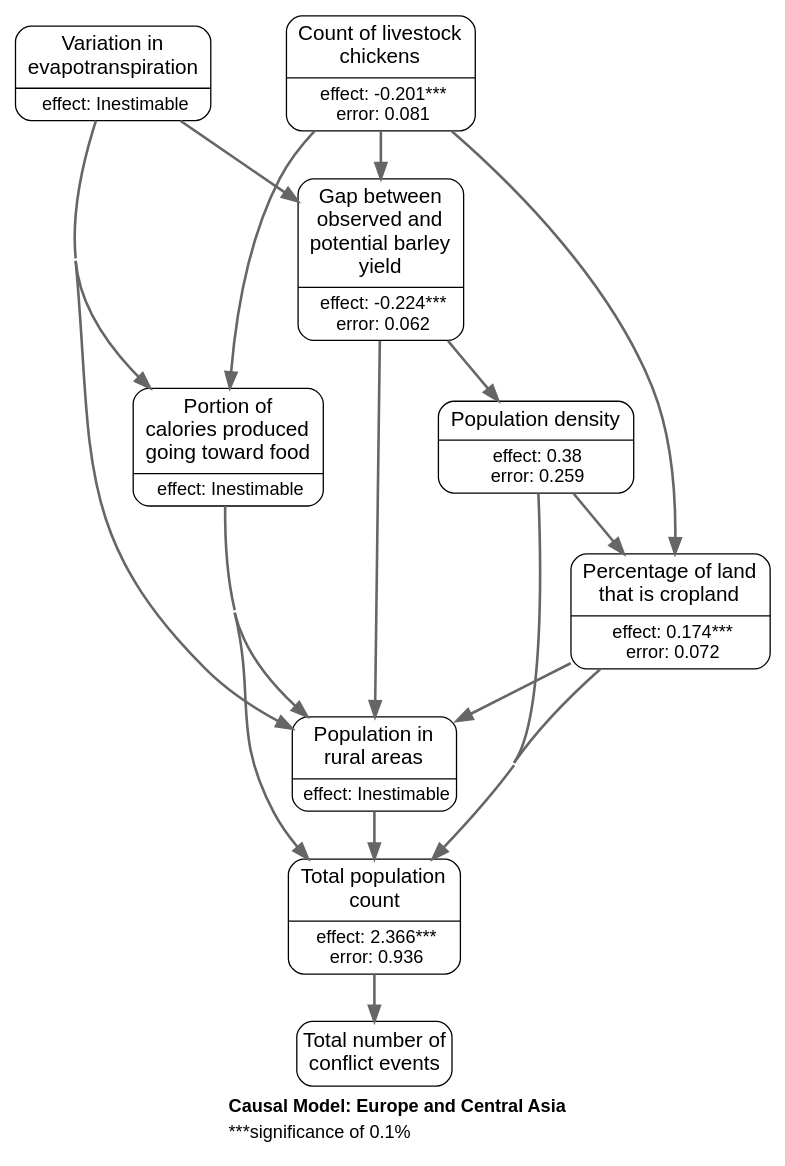
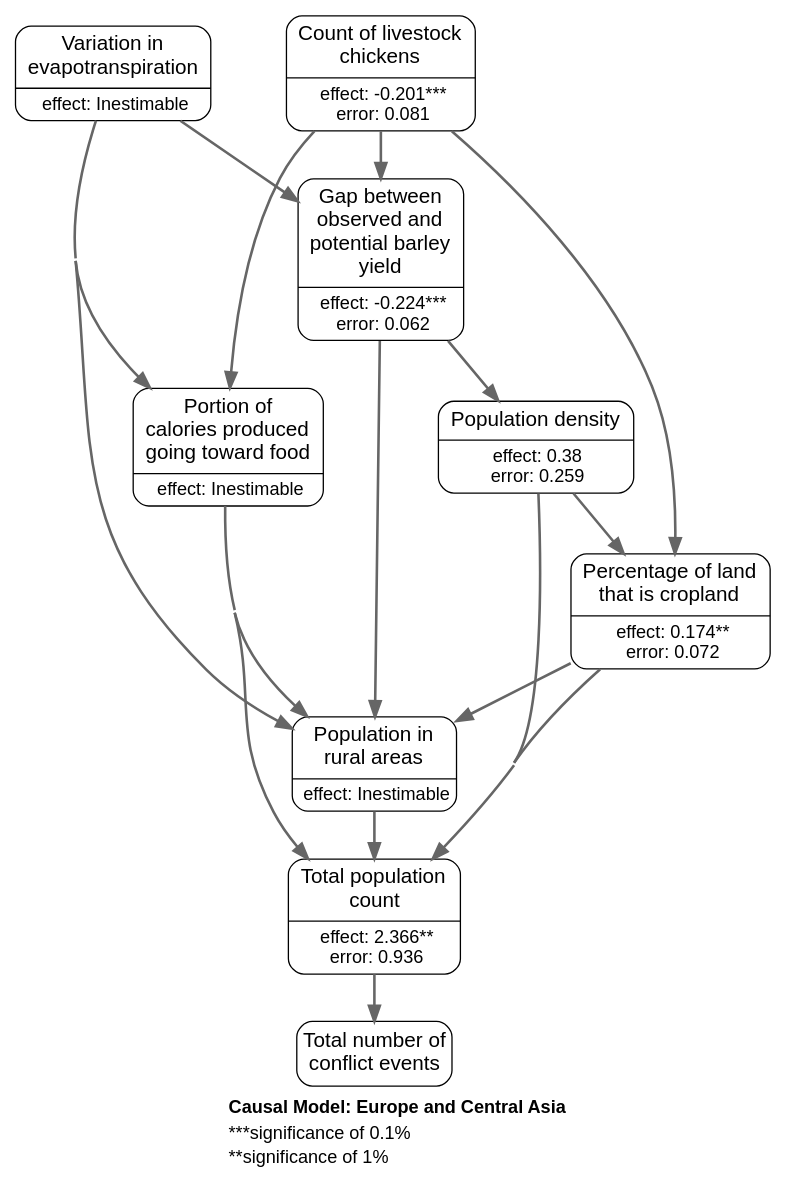
Before and after one commit to wri/wri-wpsi: the diagram in app/javascript/images/regions/causal_graphs/europe_and_central_asia.gv, drawn with Graphviz. The commit also changed 10 other files, not shown here.

Commit message:
update significance graph values

```diff
--- a/app/javascript/images/regions/causal_graphs/europe_and_central_asia.gv
+++ b/app/javascript/images/regions/causal_graphs/europe_and_central_asia.gv
@@ -1,73 +1,73 @@
 # generated file for region: europe_and_central_asia by CausalModelRegionGenerator
 strict digraph causalModel {
 fontname="Helvetica, Arial, sans-serif";
-label=<<TABLE BORDER="0" CELLBORDER="0" CELLSPACING="0"><TR><TD></TD></TR><TR><TD ALIGN="LEFT"><B>Causal Model: Europe and Central Asia</B></TD></TR><TR><TD ALIGN="LEFT">***significance of 0.1%</TD></TR></TABLE>>;
+label=<<TABLE BORDER="0" CELLBORDER="0" CELLSPACING="0"><TR><TD></TD></TR><TR><TD ALIGN="LEFT"><B>Causal Model: Europe and Central Asia</B></TD></TR><TR><TD ALIGN="LEFT">***significance of 0.1%</TD></TR><TR><TD ALIGN="LEFT">**significance of 1%</TD></TR></TABLE>>;
 labelloc = b;
 nodesep = 0.4;
 concentrate = true;
 node[shape = Mrecord, fontname = "Helvetica, Arial, sans-serif", margin = "0.10,0.06", penwidth = 1.0];
 edge[arrowsize = 1.2 penwidth = 2 color="#666666"];
 
 # nodes
 et_anom_m_STD_m [label = <{<table align="center" border="0" cellspacing="1" cellpadding="1">
 <tr><td><font point-size="16">Variation in<br/>evapotranspiration<br/></font></td></tr>
 </table>
 |<table border="0" cellspacing="1" cellpadding="0.5"><tr><td><font point-size="14">effect: Inestimable</font></td></tr></table>}>, class = rankA];
 chicken_number_s [label = <{<table align="center" border="0" cellspacing="1" cellpadding="1">
 <tr><td><font point-size="16">Count of livestock<br/>chickens<br/></font></td></tr>
 </table>
 |<table border="0" cellspacing="1" cellpadding="0.5"><tr><td><font point-size="14">effect: -0.201***</font></td></tr>
 <tr><td><font point-size="14">error: 0.081</font></td></tr></table>}>, class = rankA];
 yield_gap_barley_s [label = <{<table align="center" border="0" cellspacing="1" cellpadding="1">
 <tr><td><font point-size="16">Gap between<br/>observed and<br/>potential barley<br/>yield<br/></font></td></tr>
 </table>
 |<table border="0" cellspacing="1" cellpadding="0.5"><tr><td><font point-size="14">effect: -0.224***</font></td></tr>
 <tr><td><font point-size="14">error: 0.062</font></td></tr></table>}>, class = rankB];
 rurpop_s [label = <{<table align="center" border="0" cellspacing="1" cellpadding="1">
 <tr><td><font point-size="16">Population in<br/>rural areas<br/></font></td></tr>
 </table>
 |<table border="0" cellspacing="1" cellpadding="0.5"><tr><td><font point-size="14">effect: Inestimable</font></td></tr></table>}>, class = rankB];
 Cropland2000_mean_percent_s [label = <{<table align="center" border="0" cellspacing="1" cellpadding="1">
 <tr><td><font point-size="16">Percentage of land<br/>that is cropland<br/></font></td></tr>
 </table>
-|<table border="0" cellspacing="1" cellpadding="0.5"><tr><td><font point-size="14">effect: 0.174***</font></td></tr>
+|<table border="0" cellspacing="1" cellpadding="0.5"><tr><td><font point-size="14">effect: 0.174**</font></td></tr>
 <tr><td><font point-size="14">error: 0.072</font></td></tr></table>}>, class = rankB];
 loccount_y [label = <{<table align="center" border="0" cellspacing="1" cellpadding="1">
 <tr><td><font point-size="16">Total population<br/>count<br/></font></td></tr>
 </table>
-|<table border="0" cellspacing="1" cellpadding="0.5"><tr><td><font point-size="14">effect: 2.366***</font></td></tr>
+|<table border="0" cellspacing="1" cellpadding="0.5"><tr><td><font point-size="14">effect: 2.366**</font></td></tr>
 <tr><td><font point-size="14">error: 0.936</font></td></tr></table>}>, class = rankB];
 locdensity_y [label = <{<table align="center" border="0" cellspacing="1" cellpadding="1">
 <tr><td><font point-size="16">Population density</font></td></tr>
 </table>
 |<table border="0" cellspacing="1" cellpadding="0.5"><tr><td><font point-size="14">effect: 0.38</font></td></tr>
 <tr><td><font point-size="14">error: 0.259</font></td></tr></table>}>, class = rankB];
 DeliveredkcalFraction_s [label = <{<table align="center" border="0" cellspacing="1" cellpadding="1">
 <tr><td><font point-size="16">Portion of<br/>calories produced<br/>going toward food<br/></font></td></tr>
 </table>
 |<table border="0" cellspacing="1" cellpadding="0.5"><tr><td><font point-size="14">effect: Inestimable</font></td></tr></table>}>, class = rankB];
 acl_sum_evnt_m [label = "Total number of
 conflict events" class = rankC shape=box style=rounded fontsize="16pt" margin = "0.05,0.10"];
 
 #ranks
 {rank=same; et_anom_m_STD_m chicken_number_s; }
 
 # links
 et_anom_m_STD_m -> yield_gap_barley_s ;
 et_anom_m_STD_m -> rurpop_s ;
 et_anom_m_STD_m -> DeliveredkcalFraction_s ;
 chicken_number_s -> yield_gap_barley_s ;
 chicken_number_s -> Cropland2000_mean_percent_s ;
 chicken_number_s -> DeliveredkcalFraction_s ;
 yield_gap_barley_s -> rurpop_s ;
 yield_gap_barley_s -> locdensity_y ;
 rurpop_s -> loccount_y ;
 Cropland2000_mean_percent_s -> rurpop_s ;
 Cropland2000_mean_percent_s -> loccount_y ;
 loccount_y -> acl_sum_evnt_m ;
 locdensity_y -> Cropland2000_mean_percent_s ;
 locdensity_y -> loccount_y ;
 DeliveredkcalFraction_s -> rurpop_s ;
 DeliveredkcalFraction_s -> loccount_y ;
 
 }
```
